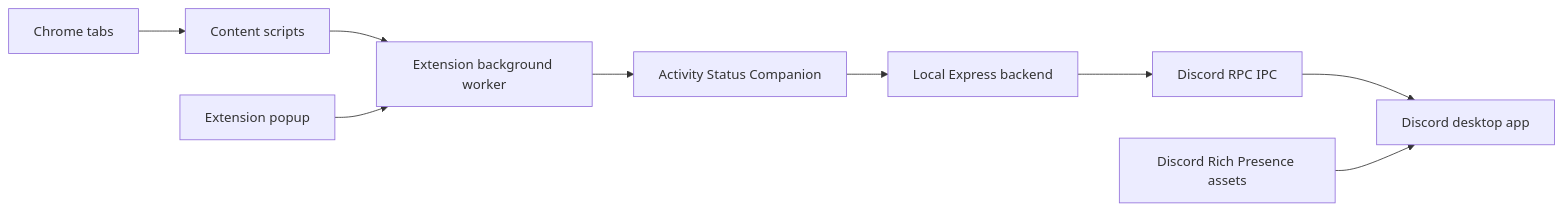
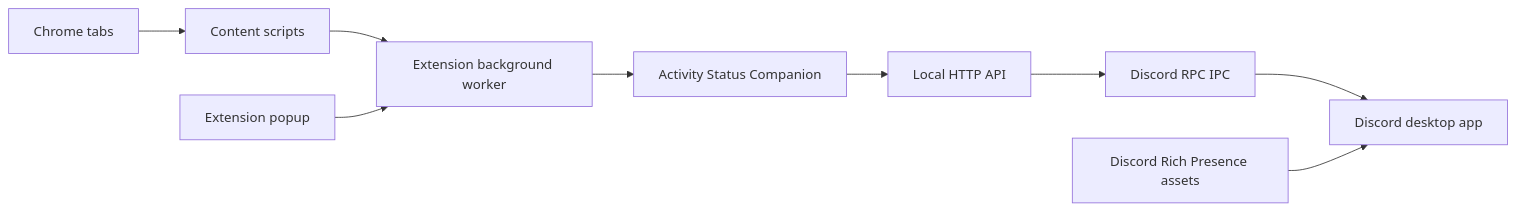
Before and after one commit to GSUS2K/discord-status: the diagram in README.md, drawn with Mermaid. The commit also changed other lines of this file and 19 other files, not shown here.

````diff
--- a/README.md
+++ b/README.md
@@ -271,11 +280,11 @@
 ```mermaid
 flowchart LR
   Browser["Chrome tabs"] --> Content["Content scripts"]
   Content --> Background["Extension background worker"]
   Popup["Extension popup"] --> Background
   Background --> Companion["Activity Status Companion"]
-  Companion --> API["Local Express backend"]
+  Companion --> API["Local HTTP API"]
   API --> RPC["Discord RPC IPC"]
   RPC --> Discord["Discord desktop app"]
   Assets["Discord Rich Presence assets"] --> Discord
 ```
````
